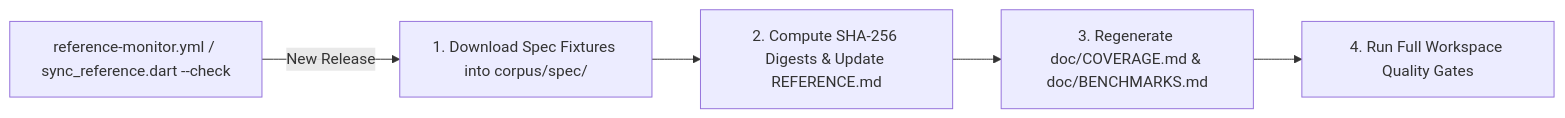
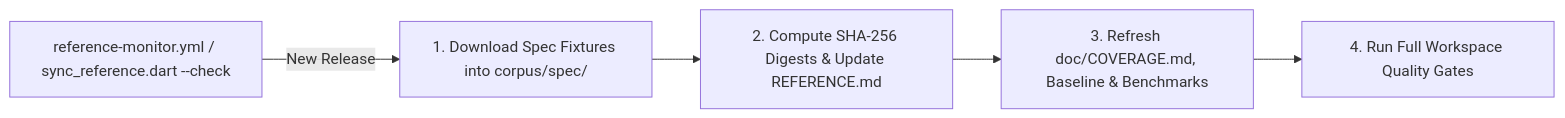
Before and after one commit to tkinnis/markdown_engine: the diagram in doc/REFERENCE_SYNC.md, drawn with Mermaid. The commit also changed other lines of this file and 18 other files, not shown here.

````diff
--- a/doc/REFERENCE_SYNC.md
+++ b/doc/REFERENCE_SYNC.md
@@ -53,7 +75,7 @@
 ```mermaid
 flowchart LR
   Check["reference-monitor.yml / sync_reference.dart --check"] -->|"New Release"| Download["1. Download Spec Fixtures into corpus/spec/"]
   Download --> Hash["2. Compute SHA-256 Digests & Update REFERENCE.md"]
-  Hash --> Regen["3. Regenerate doc/COVERAGE.md & doc/BENCHMARKS.md"]
+  Hash --> Regen["3. Refresh doc/COVERAGE.md, Baseline & Benchmarks"]
   Regen --> Gates["4. Run Full Workspace Quality Gates"]
 ```
````
